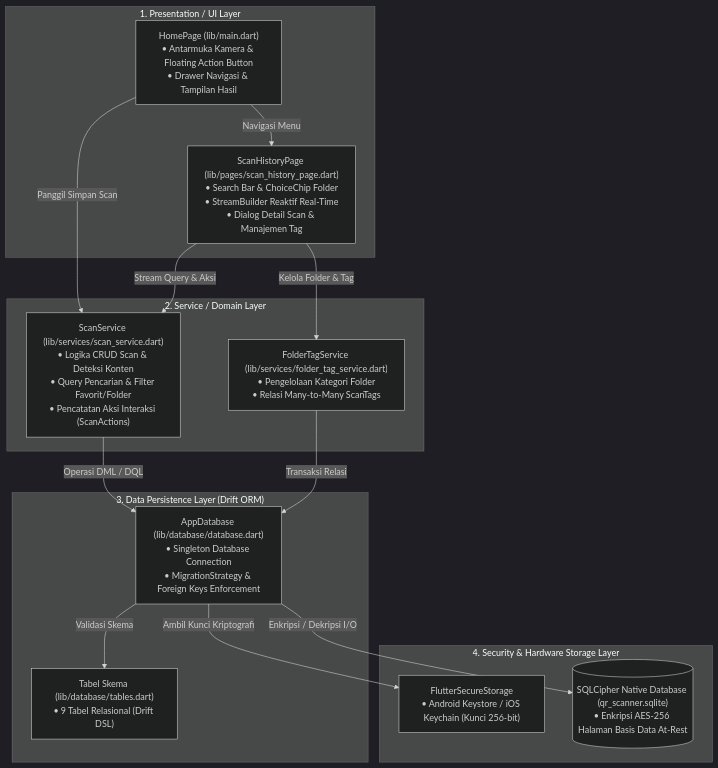
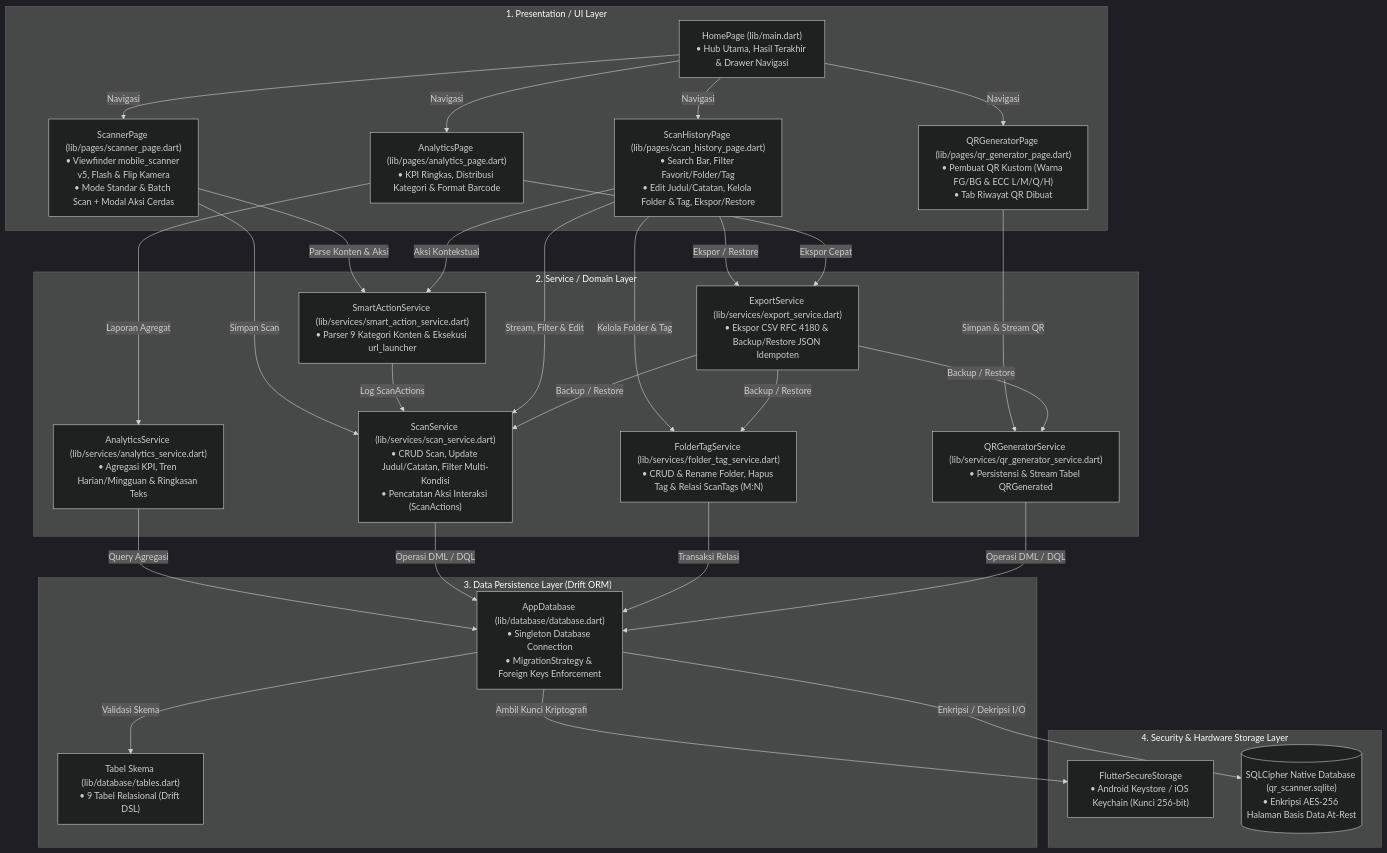
The first of 4 diagrams in doc/DOKUMENTASI_PROYEK.md (bagussatoto/QR-Scanner), drawn with Mermaid (dark theme) before and after one commit. The commit also changed other lines of this file and 3 other files, not shown here.

Commit message:
docs: sync README and master documentation with v1.2.0 architecture, CI, and features

````diff
--- a/doc/DOKUMENTASI_PROYEK.md
+++ b/doc/DOKUMENTASI_PROYEK.md
@@ -55,32 +56,54 @@
 ```mermaid
 flowchart TB
     subgraph L1["1. Presentation / UI Layer"]
-        HP["HomePage (lib/main.dart)<br/>• Antarmuka Kamera & Floating Action Button<br/>• Drawer Navigasi & Tampilan Hasil"]
-        SHP["ScanHistoryPage (lib/pages/scan_history_page.dart)<br/>• Search Bar & ChoiceChip Folder<br/>• StreamBuilder Reaktif Real-Time<br/>• Dialog Detail Scan & Manajemen Tag"]
+        HP["HomePage (lib/main.dart)<br/>• Hub Utama, Hasil Terakhir & Drawer Navigasi"]
+        SCP["ScannerPage (lib/pages/scanner_page.dart)<br/>• Viewfinder mobile_scanner v5, Flash & Flip Kamera<br/>• Mode Standar & Batch Scan + Modal Aksi Cerdas"]
+        SHP["ScanHistoryPage (lib/pages/scan_history_page.dart)<br/>• Search Bar, Filter Favorit/Folder/Tag<br/>• Edit Judul/Catatan, Kelola Folder & Tag, Ekspor/Restore"]
+        QGP["QRGeneratorPage (lib/pages/qr_generator_page.dart)<br/>• Pembuat QR Kustom (Warna FG/BG & ECC L/M/Q/H)<br/>• Tab Riwayat QR Dibuat"]
+        ANP["AnalyticsPage (lib/pages/analytics_page.dart)<br/>• KPI Ringkas, Distribusi Kategori & Format Barcode"]
     end
 
     subgraph L2["2. Service / Domain Layer"]
-        SS["ScanService (lib/services/scan_service.dart)<br/>• Logika CRUD Scan & Deteksi Konten<br/>• Query Pencarian & Filter Favorit/Folder<br/>• Pencatatan Aksi Interaksi (ScanActions)"]
-        FTS["FolderTagService (lib/services/folder_tag_service.dart)<br/>• Pengelolaan Kategori Folder<br/>• Relasi Many-to-Many ScanTags"]
+        SS["ScanService (lib/services/scan_service.dart)<br/>• CRUD Scan, Update Judul/Catatan, Filter Multi-Kondisi<br/>• Pencatatan Aksi Interaksi (ScanActions)"]
+        FTS["FolderTagService (lib/services/folder_tag_service.dart)<br/>• CRUD & Rename Folder, Hapus Tag & Relasi ScanTags (M:N)"]
+        SAS["SmartActionService (lib/services/smart_action_service.dart)<br/>• Parser 9 Kategori Konten & Eksekusi url_launcher"]
+        QGS["QRGeneratorService (lib/services/qr_generator_service.dart)<br/>• Persistensi & Stream Tabel QRGenerated"]
+        ANS["AnalyticsService (lib/services/analytics_service.dart)<br/>• Agregasi KPI, Tren Harian/Mingguan & Ringkasan Teks"]
+        EXS["ExportService (lib/services/export_service.dart)<br/>• Ekspor CSV RFC 4180 & Backup/Restore JSON Idempoten"]
     end
 
     subgraph L3["3. Data Persistence Layer (Drift ORM)"]
         DB["AppDatabase (lib/database/database.dart)<br/>• Singleton Database Connection<br/>• MigrationStrategy & Foreign Keys Enforcement"]
         TBL["Tabel Skema (lib/database/tables.dart)<br/>• 9 Tabel Relasional (Drift DSL)"]
     end
 
     subgraph L4["4. Security & Hardware Storage Layer"]
         KEY["FlutterSecureStorage<br/>• Android Keystore / iOS Keychain (Kunci 256-bit)"]
         CIPHER[("SQLCipher Native Database (qr_scanner.sqlite)<br/>• Enkripsi AES-256 Halaman Basis Data At-Rest")]
     end
 
-    HP -->|"Panggil Simpan Scan"| SS
-    HP -->|"Navigasi Menu"| SHP
-    SHP -->|"Stream Query & Aksi"| SS
+    HP -->|"Navigasi"| SCP
+    HP -->|"Navigasi"| SHP
+    HP -->|"Navigasi"| QGP
+    HP -->|"Navigasi"| ANP
+    SCP -->|"Parse Konten & Aksi"| SAS
+    SCP -->|"Simpan Scan"| SS
+    SAS -->|"Log ScanActions"| SS
+    SHP -->|"Stream, Filter & Edit"| SS
     SHP -->|"Kelola Folder & Tag"| FTS
+    SHP -->|"Aksi Kontekstual"| SAS
+    SHP -->|"Ekspor / Restore"| EXS
+    QGP -->|"Simpan & Stream QR"| QGS
+    ANP -->|"Laporan Agregat"| ANS
+    ANP -->|"Ekspor Cepat"| EXS
+    ANS -->|"Query Agregasi"| DB
+    EXS -->|"Backup / Restore"| SS
+    EXS -->|"Backup / Restore"| FTS
+    EXS -->|"Backup / Restore"| QGS
     SS -->|"Operasi DML / DQL"| DB
     FTS -->|"Transaksi Relasi"| DB
+    QGS -->|"Operasi DML / DQL"| DB
     DB -->|"Validasi Skema"| TBL
     DB -->|"Ambil Kunci Kriptografi"| KEY
     DB -->|"Enkripsi / Dekripsi I/O"| CIPHER
 ```
````
